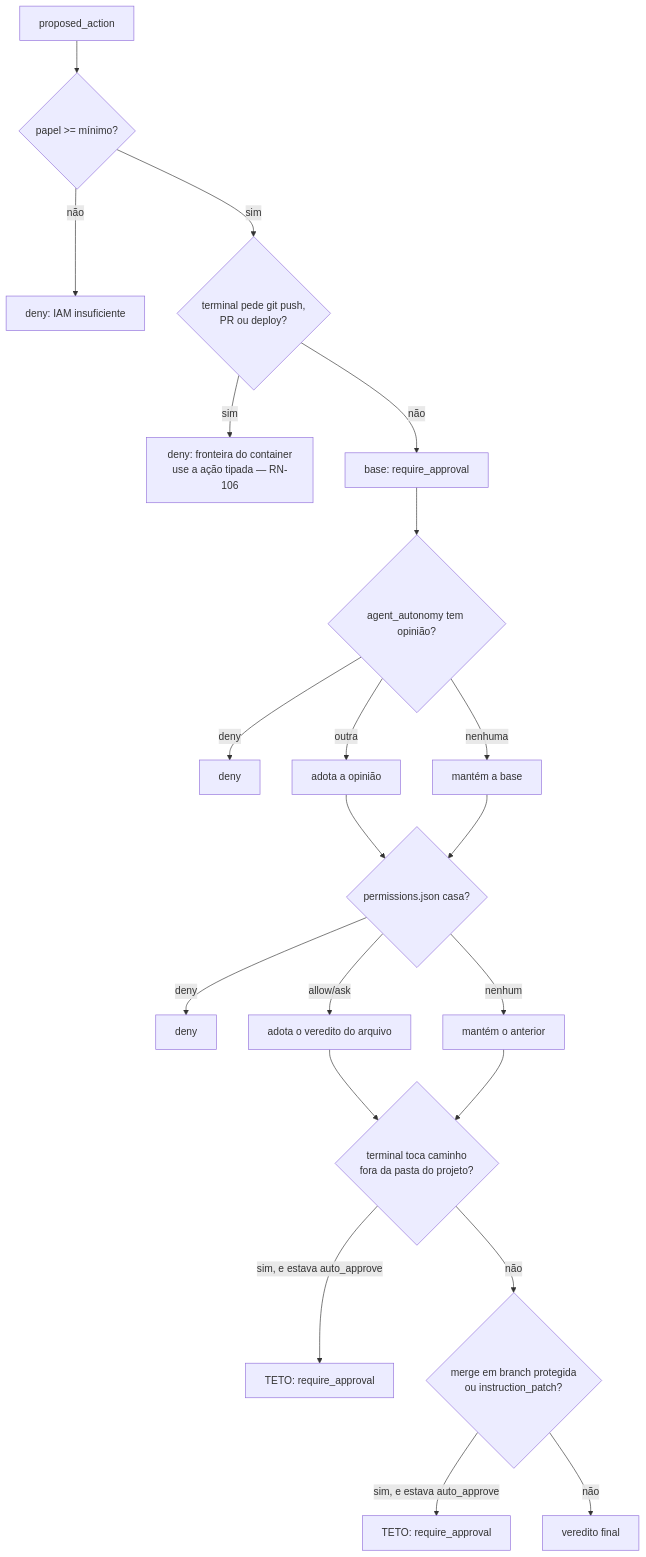
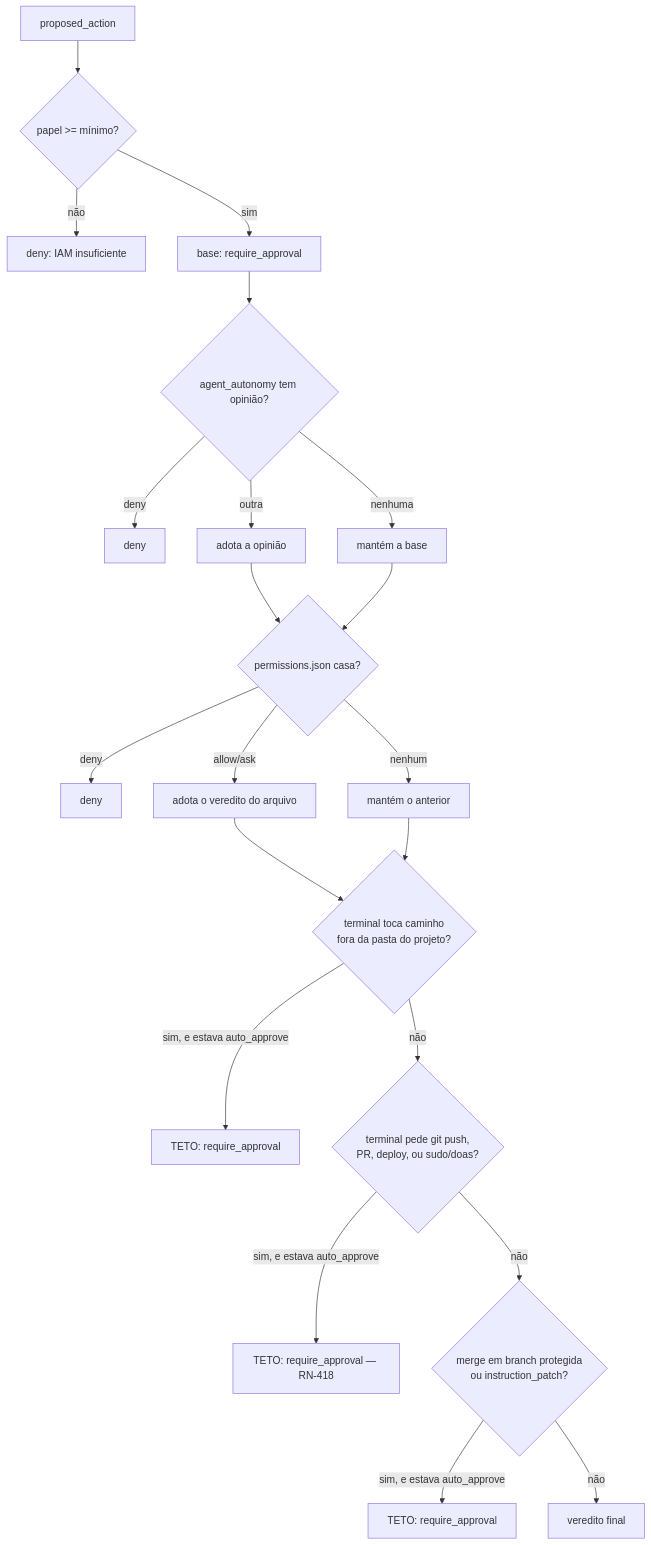
The diagram in docs/reference/permissions.md (daneiel/brabo), drawn with Mermaid before and after one commit. The commit also changed other lines of this file, not shown here.

First line of the commit message:
docs(reference): atualiza permissions.md com o teto absoluto de git/sudo

````diff
--- a/docs/reference/permissions.md
+++ b/docs/reference/permissions.md
@@ -219,23 +219,23 @@
 ```mermaid
 flowchart TD
   A[proposed_action] --> B{papel >= mínimo?}
   B -->|não| D1[deny: IAM insuficiente]
-  B -->|sim| Z{terminal pede git push,<br/>PR ou deploy?}
-  Z -->|sim| D4[deny: fronteira do container<br/>use a ação tipada — RN-106]
-  Z -->|não| C[base: require_approval]
+  B -->|sim| C[base: require_approval]
   C --> D{agent_autonomy tem opinião?}
   D -->|deny| D2[deny]
   D -->|outra| E[adota a opinião]
   D -->|nenhuma| E2[mantém a base]
   E --> F{permissions.json casa?}
   E2 --> F
   F -->|deny| D3[deny]
   F -->|allow/ask| G[adota o veredito do arquivo]
   F -->|nenhum| G2[mantém o anterior]
   G --> S{terminal toca caminho<br/>fora da pasta do projeto?}
   G2 --> S
   S -->|sim, e estava auto_approve| I2[TETO: require_approval]
-  S -->|não| H{merge em branch protegida<br/>ou instruction_patch?}
+  S -->|não| Z{terminal pede git push,<br/>PR, deploy, ou sudo/doas?}
+  Z -->|sim, e estava auto_approve| I3[TETO: require_approval — RN-418]
+  Z -->|não| H{merge em branch protegida<br/>ou instruction_patch?}
   H -->|sim, e estava auto_approve| I[TETO: require_approval]
   H -->|não| J[veredito final]
 ```
````
